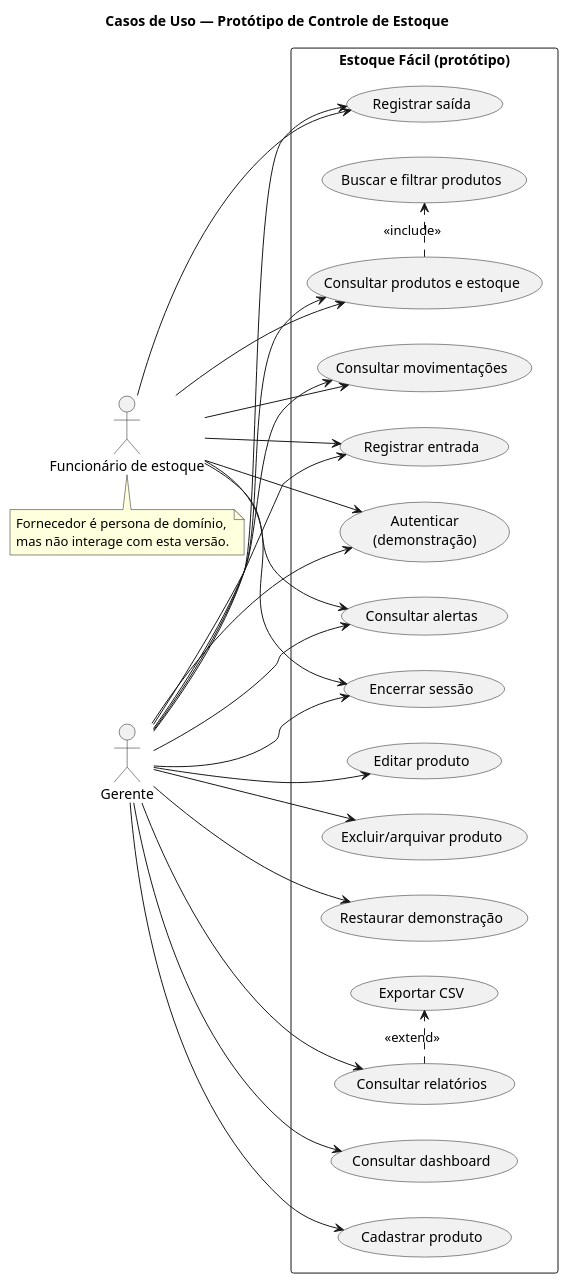
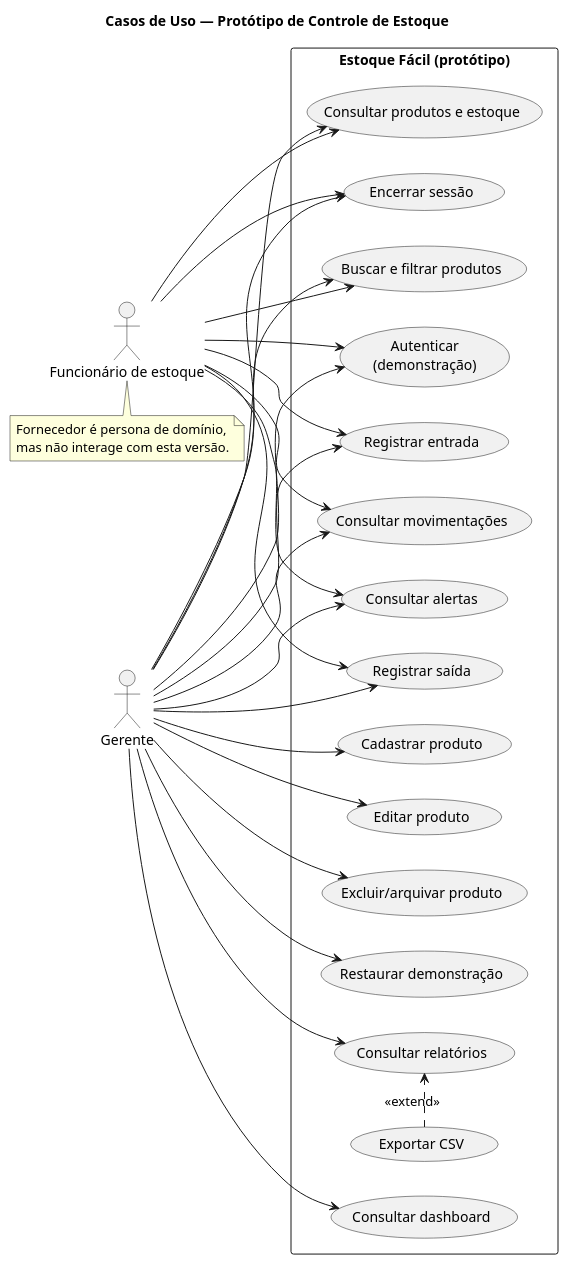
One commit to rogeriocssj-bot/pit2-controle-estoque changed the diagram in docs/uml/casos-de-uso.puml. Above: the diagram before and after it, drawn with PlantUML. The commit also changed 4 other files, not shown here.

Commit message:
docs: corrige semantica dos diagramas uml

```diff
--- a/docs/uml/casos-de-uso.puml
+++ b/docs/uml/casos-de-uso.puml
@@ -1,50 +1,51 @@
 @startuml
 title Casos de Uso — Protótipo de Controle de Estoque
 left to right direction
 skinparam packageStyle rectangle
 actor Gerente
 actor "Funcionário de estoque" as Funcionario
 rectangle "Estoque Fácil (protótipo)" {
   usecase "Autenticar\n(demonstração)" as UCLogin
   usecase "Encerrar sessão" as UCLogout
   usecase "Consultar dashboard" as UCDash
   usecase "Consultar produtos e estoque" as UCProdutos
   usecase "Buscar e filtrar produtos" as UCFiltro
   usecase "Cadastrar produto" as UCCad
   usecase "Editar produto" as UCEd
   usecase "Excluir/arquivar produto" as UCExc
   usecase "Registrar entrada" as UCEntrada
   usecase "Registrar saída" as UCSaida
   usecase "Consultar movimentações" as UCHist
   usecase "Consultar relatórios" as UCRel
   usecase "Exportar CSV" as UCCsv
   usecase "Consultar alertas" as UCAlertas
   usecase "Restaurar demonstração" as UCRest
 }
 Gerente --> UCLogin
 Funcionario --> UCLogin
 Gerente --> UCLogout
 Funcionario --> UCLogout
 Gerente --> UCDash
 Gerente --> UCProdutos
 Funcionario --> UCProdutos
-UCProdutos .> UCFiltro : <<include>>
+Gerente --> UCFiltro
+Funcionario --> UCFiltro
 Gerente --> UCCad
 Gerente --> UCEd
 Gerente --> UCExc
 Gerente --> UCEntrada
 Funcionario --> UCEntrada
 Gerente --> UCSaida
 Funcionario --> UCSaida
 Gerente --> UCHist
 Funcionario --> UCHist
 Gerente --> UCRel
-UCRel .> UCCsv : <<extend>>
+UCCsv .> UCRel : <<extend>>
 Gerente --> UCAlertas
 Funcionario --> UCAlertas
 Gerente --> UCRest
 note bottom of Funcionario
 Fornecedor é persona de domínio,
 mas não interage com esta versão.
 end note
 @enduml
```
